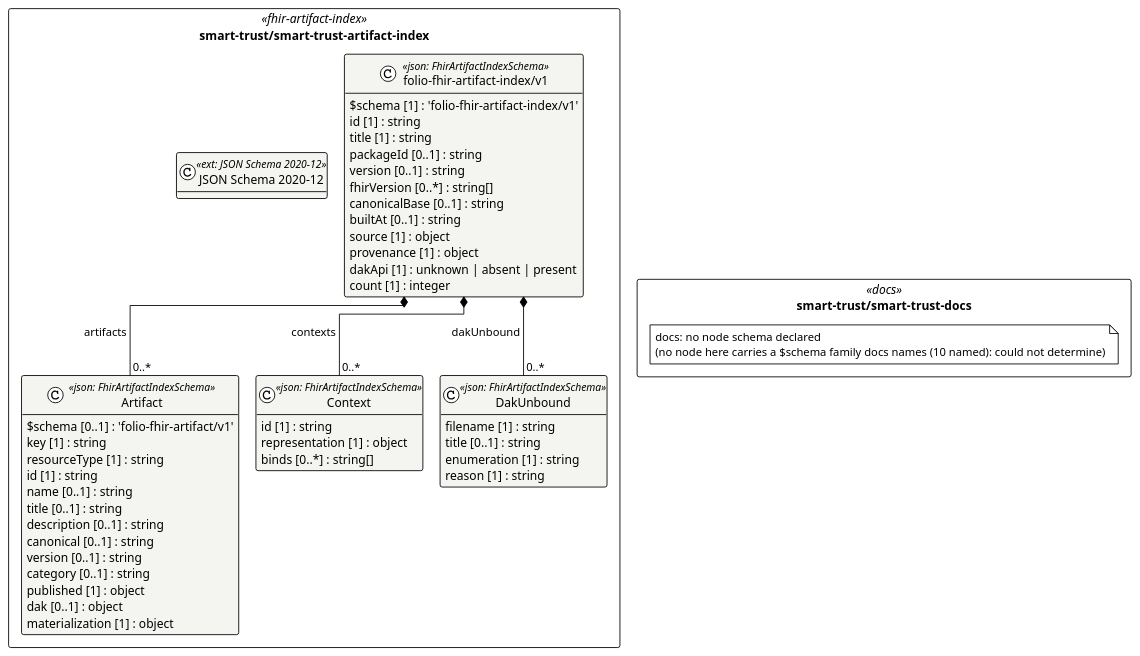
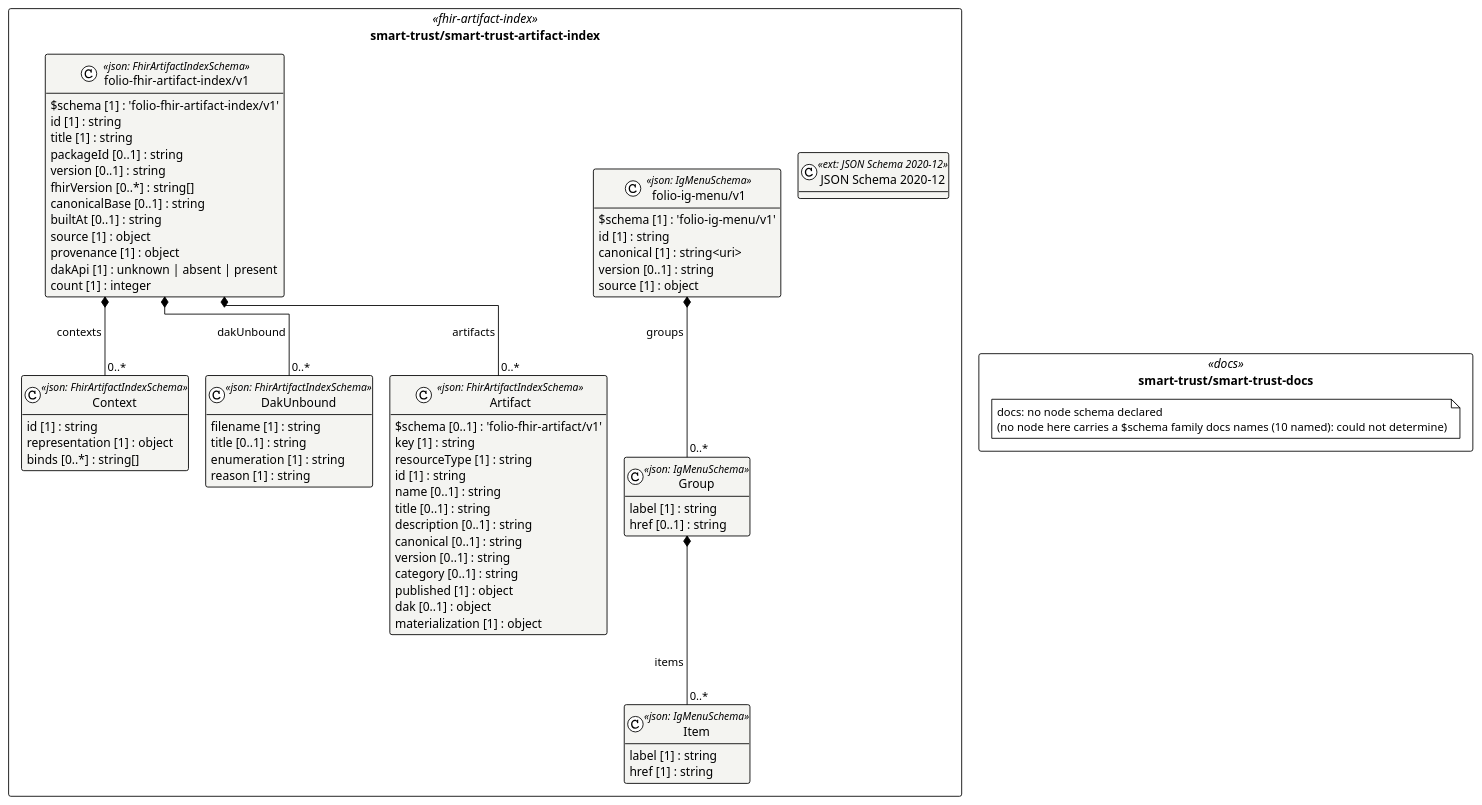
Before and after one commit to litlfred/folio-assistant: the diagram in cat-harness/uml/overview/smart-trust.puml, drawn with PlantUML. The commit also changed 28 other files, not shown here.

```diff
--- a/cat-harness/uml/overview/smart-trust.puml
+++ b/cat-harness/uml/overview/smart-trust.puml
@@ -3,60 +3,77 @@
 @startuml smart_trust
 !pragma layout elk
 !theme plain
 skinparam classAttributeIconSize 0
 skinparam shadowing false
 skinparam packageStyle rectangle
 hide empty methods
 
 package "smart-trust/smart-trust-artifact-index" as pkg_smart_trust_smart_trust_artifact_index <<fhir-artifact-index>> {
   class "Context" as smart_trust_smart_trust_artifact_index_folio_fhir_artifact_index_v1_Context <<json: FhirArtifactIndexSchema>> #f4f4f1 {
     id [1] : string
     representation [1] : object
     binds [0..*] : string[]
   }
   class "DakUnbound" as smart_trust_smart_trust_artifact_index_folio_fhir_artifact_index_v1_DakUnbound <<json: FhirArtifactIndexSchema>> #f4f4f1 {
     filename [1] : string
     title [0..1] : string
     enumeration [1] : string
     reason [1] : string
   }
   class "Artifact" as smart_trust_smart_trust_artifact_index_folio_fhir_artifact_index_v1_Artifact <<json: FhirArtifactIndexSchema>> #f4f4f1 {
     $schema [0..1] : 'folio-fhir-artifact/v1'
     key [1] : string
     resourceType [1] : string
     id [1] : string
     name [0..1] : string
     title [0..1] : string
     description [0..1] : string
     canonical [0..1] : string
     version [0..1] : string
     category [0..1] : string
     published [1] : object
     dak [0..1] : object
     materialization [1] : object
   }
   class "folio-fhir-artifact-index/v1" as smart_trust_smart_trust_artifact_index_folio_fhir_artifact_index_v1_folio_fhir_artifact_index_v1 <<json: FhirArtifactIndexSchema>> #f4f4f1 {
     $schema [1] : 'folio-fhir-artifact-index/v1'
     id [1] : string
     title [1] : string
     packageId [0..1] : string
     version [0..1] : string
     fhirVersion [0..*] : string[]
     canonicalBase [0..1] : string
     builtAt [0..1] : string
     source [1] : object
     provenance [1] : object
     dakApi [1] : unknown | absent | present
     count [1] : integer
   }
+  class "Item" as smart_trust_smart_trust_artifact_index_folio_ig_menu_v1_Item <<json: IgMenuSchema>> #f4f4f1 {
+    label [1] : string
+    href [1] : string
+  }
+  class "Group" as smart_trust_smart_trust_artifact_index_folio_ig_menu_v1_Group <<json: IgMenuSchema>> #f4f4f1 {
+    label [1] : string
+    href [0..1] : string
+  }
+  class "folio-ig-menu/v1" as smart_trust_smart_trust_artifact_index_folio_ig_menu_v1_folio_ig_menu_v1 <<json: IgMenuSchema>> #f4f4f1 {
+    $schema [1] : 'folio-ig-menu/v1'
+    id [1] : string
+    canonical [1] : string<uri>
+    version [0..1] : string
+    source [1] : object
+  }
   class "JSON Schema 2020-12" as smart_trust_smart_trust_artifact_index_https___json_schema_org_draft_2020_12_schema <<ext: JSON Schema 2020-12>> #f4f4f1 {
   }
 }
 package "smart-trust/smart-trust-docs" as pkg_smart_trust_smart_trust_docs <<docs>> {
   note "docs: no node schema declared\n(no node here carries a $schema family docs names (10 named): could not determine)" as n_smart_trust_smart_trust_docs_docs
 }
 
 smart_trust_smart_trust_artifact_index_folio_fhir_artifact_index_v1_folio_fhir_artifact_index_v1 *-- "0..*" smart_trust_smart_trust_artifact_index_folio_fhir_artifact_index_v1_Context : contexts
 smart_trust_smart_trust_artifact_index_folio_fhir_artifact_index_v1_folio_fhir_artifact_index_v1 *-- "0..*" smart_trust_smart_trust_artifact_index_folio_fhir_artifact_index_v1_DakUnbound : dakUnbound
 smart_trust_smart_trust_artifact_index_folio_fhir_artifact_index_v1_folio_fhir_artifact_index_v1 *-- "0..*" smart_trust_smart_trust_artifact_index_folio_fhir_artifact_index_v1_Artifact : artifacts
+smart_trust_smart_trust_artifact_index_folio_ig_menu_v1_Group *-- "0..*" smart_trust_smart_trust_artifact_index_folio_ig_menu_v1_Item : items
+smart_trust_smart_trust_artifact_index_folio_ig_menu_v1_folio_ig_menu_v1 *-- "0..*" smart_trust_smart_trust_artifact_index_folio_ig_menu_v1_Group : groups
 @enduml
```
